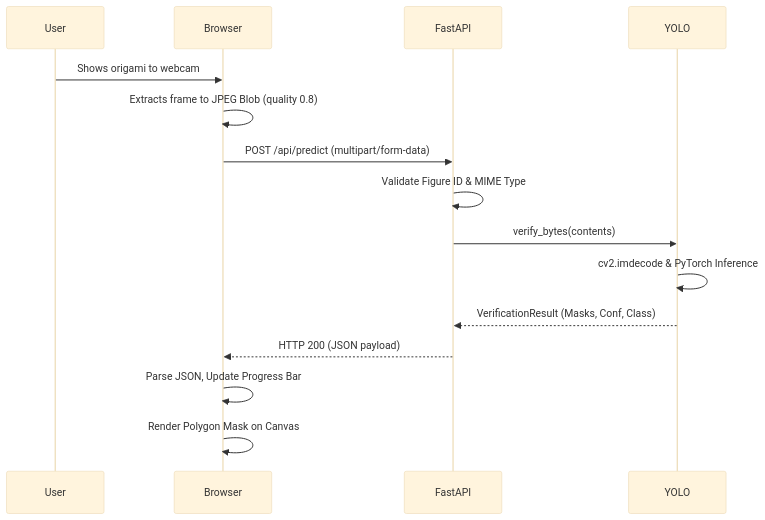
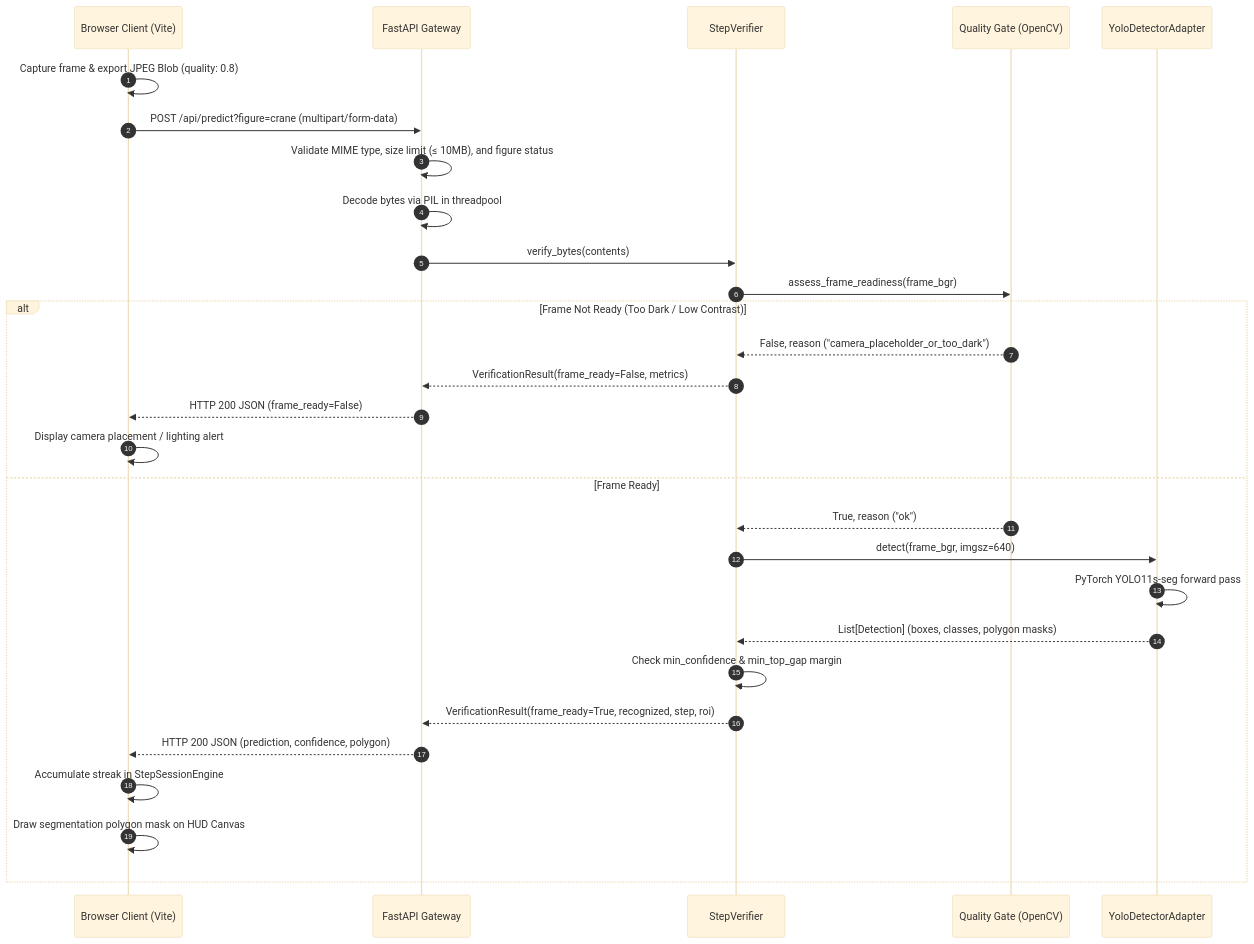
The second of 3 diagrams in ARCHITECTURE.md (Puwizz/GamiCheckpoint), drawn with Mermaid (base theme) before and after one commit. The commit also changed other lines of this file, not shown here.

Commit message:
docs: update system architecture with two-tier verification, healthcheck, and domain models (#34)

````diff
--- a/ARCHITECTURE.md
+++ b/ARCHITECTURE.md
@@ -85,18 +154,35 @@
 ```mermaid
 sequenceDiagram
-    participant User
-    participant Browser
-    participant FastAPI
-    participant YOLO
+    autonumber
+    participant Browser as Browser Client (Vite)
+    participant API as FastAPI Gateway
+    participant Verifier as StepVerifier
+    participant Gate as Quality Gate (OpenCV)
+    participant YOLO as YoloDetectorAdapter
 
-    User->>Browser: Shows origami to webcam
-    Browser->>Browser: Extracts frame to JPEG Blob (quality 0.8)
-    Browser->>FastAPI: POST /api/predict (multipart/form-data)
-    FastAPI->>FastAPI: Validate Figure ID & MIME Type
-    FastAPI->>YOLO: verify_bytes(contents)
-    YOLO->>YOLO: cv2.imdecode & PyTorch Inference
-    YOLO-->>FastAPI: VerificationResult (Masks, Conf, Class)
-    FastAPI-->>Browser: HTTP 200 (JSON payload)
-    Browser->>Browser: Parse JSON, Update Progress Bar
-    Browser->>Browser: Render Polygon Mask on Canvas
+    Browser->>Browser: Capture frame & export JPEG Blob (quality: 0.8)
+    Browser->>API: POST /api/predict?figure=crane (multipart/form-data)
+    
+    API->>API: Validate MIME type, size limit (≤ 10MB), and figure status
+    API->>API: Decode bytes via PIL in threadpool
+    
+    API->>Verifier: verify_bytes(contents)
+    Verifier->>Gate: assess_frame_readiness(frame_bgr)
+    
+    alt Frame Not Ready (Too Dark / Low Contrast)
+        Gate-->>Verifier: False, reason ("camera_placeholder_or_too_dark")
+        Verifier-->>API: VerificationResult(frame_ready=False, metrics)
+        API-->>Browser: HTTP 200 JSON (frame_ready=False)
+        Browser->>Browser: Display camera placement / lighting alert
+    else Frame Ready
+        Gate-->>Verifier: True, reason ("ok")
+        Verifier->>YOLO: detect(frame_bgr, imgsz=640)
+        YOLO->>YOLO: PyTorch YOLO11s-seg forward pass
+        YOLO-->>Verifier: List[Detection] (boxes, classes, polygon masks)
+        Verifier->>Verifier: Check min_confidence & min_top_gap margin
+        Verifier-->>API: VerificationResult(frame_ready=True, recognized, step, roi)
+        API-->>Browser: HTTP 200 JSON (prediction, confidence, polygon)
+        Browser->>Browser: Accumulate streak in StepSessionEngine
+        Browser->>Browser: Draw segmentation polygon mask on HUD Canvas
+    end
 ```
````
